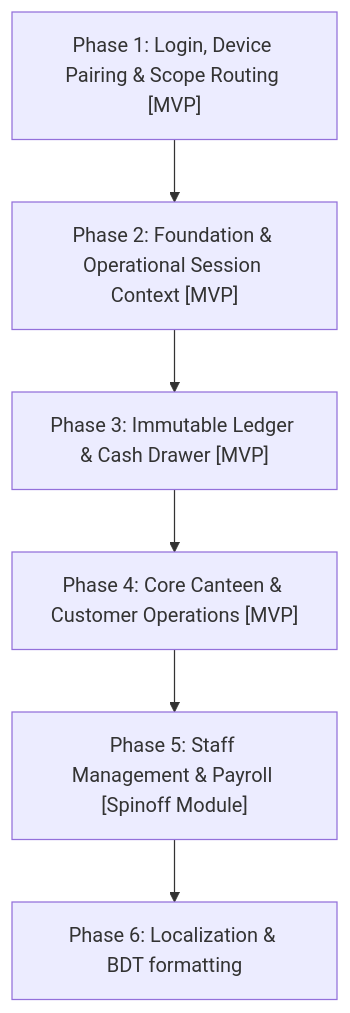
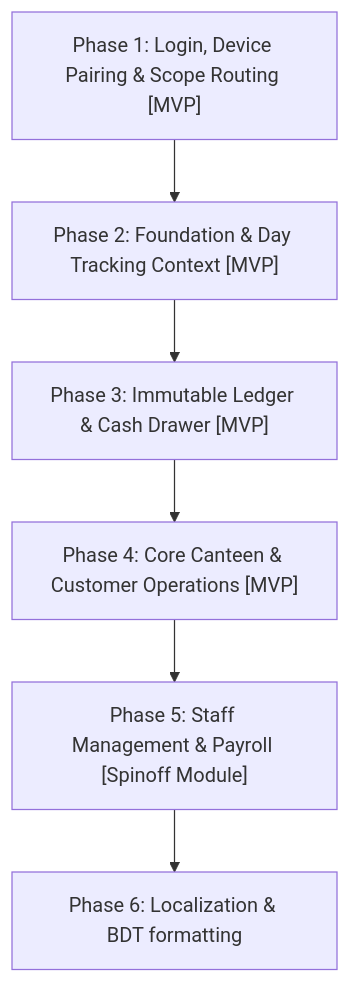
One commit to marceldavidbaroi/Smart-Hisab changed the diagram in docs/master_specifications.md. Above: the diagram before and after it, drawn with Mermaid. The commit also changed other lines of this file and 82 other files, not shown here.

````diff
--- a/docs/master_specifications.md
+++ b/docs/master_specifications.md
@@ -48,8 +48,8 @@
 ```mermaid
 graph TD
-    P1["Phase 1: Login, Device Pairing & Scope Routing [MVP]"] --> P2["Phase 2: Foundation & Operational Session Context [MVP]"]
+    P1["Phase 1: Login, Device Pairing & Scope Routing [MVP]"] --> P2["Phase 2: Foundation & Day Tracking Context [MVP]"]
     P2 --> P3["Phase 3: Immutable Ledger & Cash Drawer [MVP]"]
     P3 --> P4["Phase 4: Core Canteen & Customer Operations [MVP]"]
     P4 --> P5["Phase 5: Staff Management & Payroll [Spinoff Module]"]
     P5 --> P6["Phase 6: Localization & BDT formatting"]
 ```
````
